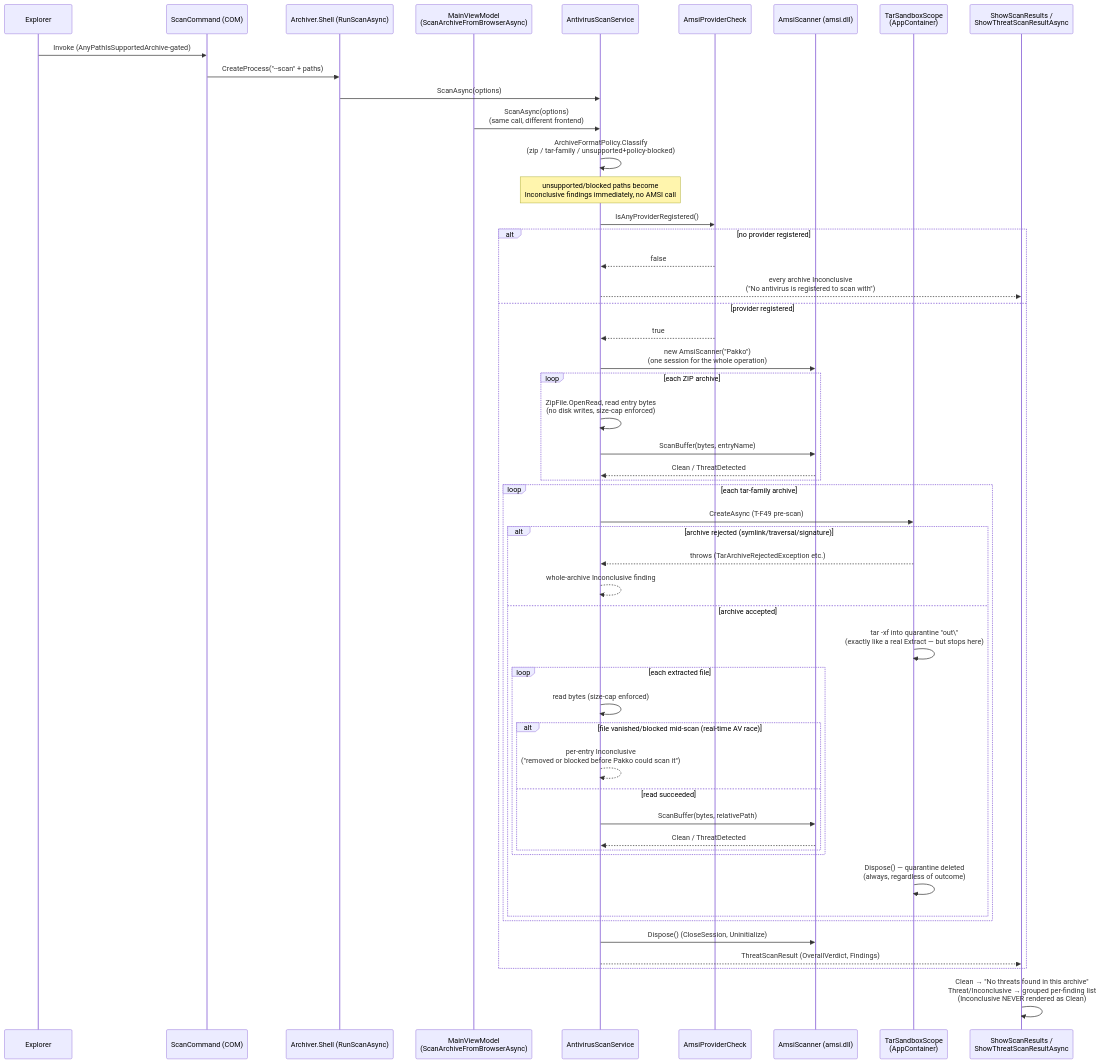
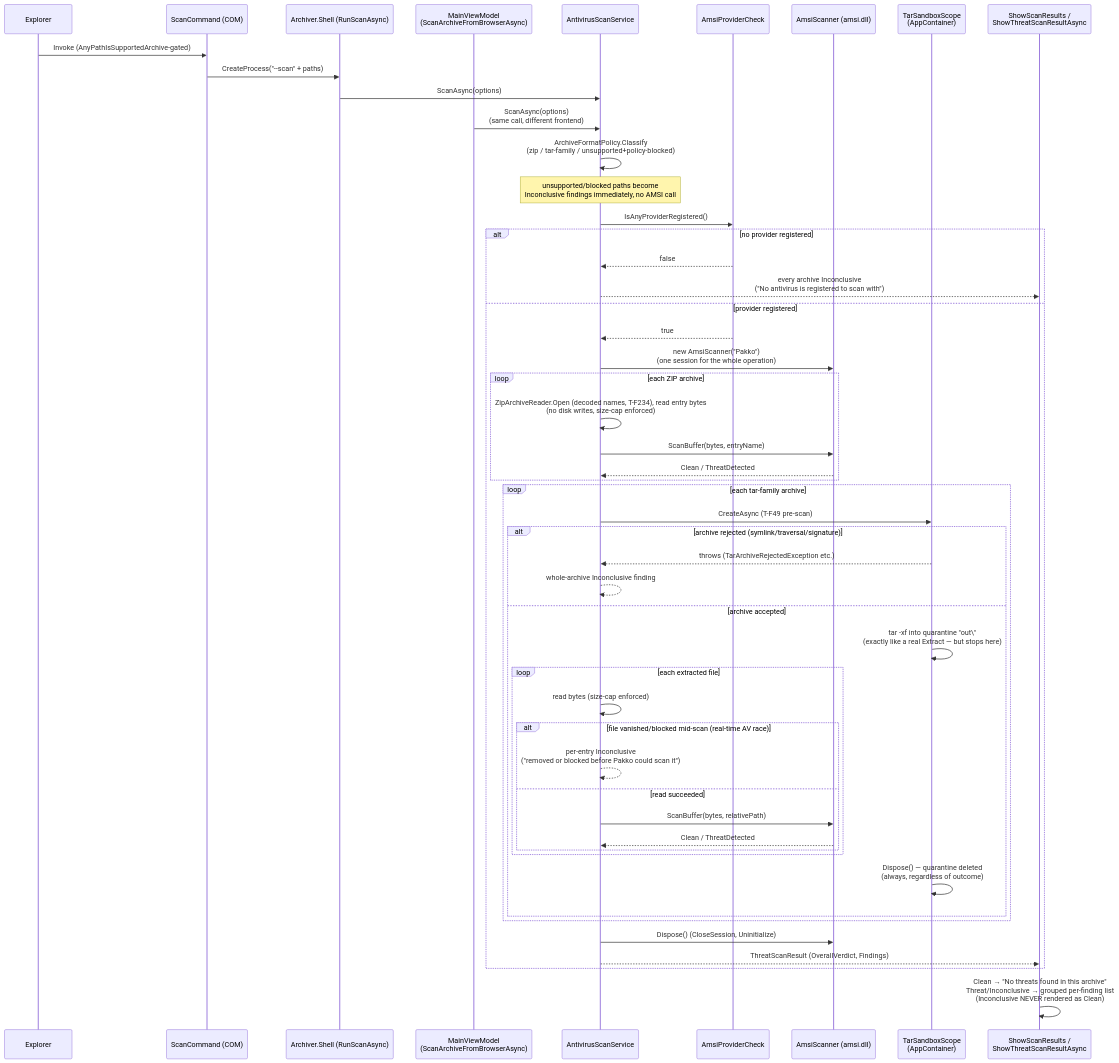
The seventh of 7 diagrams in docs/DIAGRAMS.md (pakkoapp-oss/pakko), drawn with Mermaid before and after one commit. The commit also changed other lines of this file and 4 other files, not shown here.

First line of the commit message:
docs(fix-phase-3): decisions, architecture, diagrams 3/7, testing, task progress

````diff
--- a/docs/DIAGRAMS.md
+++ b/docs/DIAGRAMS.md
@@ -822,60 +829,60 @@
 ```mermaid
 sequenceDiagram
     participant Explorer
     participant ScanCommand as ScanCommand (COM)
     participant Shell as Archiver.Shell (RunScanAsync)
     participant Browser as MainViewModel<br/>(ScanArchiveFromBrowserAsync)
     participant Service as AntivirusScanService
     participant Provider as AmsiProviderCheck
     participant Amsi as AmsiScanner (amsi.dll)
     participant Sandbox as TarSandboxScope<br/>(AppContainer)
     participant Dialog as ShowScanResults /<br/>ShowThreatScanResultAsync
 
     Explorer->>ScanCommand: Invoke (AnyPathIsSupportedArchive-gated)
     ScanCommand->>Shell: CreateProcess("--scan" + paths)
     Shell->>Service: ScanAsync(options)
     Browser->>Service: ScanAsync(options)<br/>(same call, different frontend)
 
     Service->>Service: ArchiveFormatPolicy.Classify<br/>(zip / tar-family / unsupported+policy-blocked)
     Note over Service: unsupported/blocked paths become<br/>Inconclusive findings immediately, no AMSI call
 
     Service->>Provider: IsAnyProviderRegistered()
     alt no provider registered
         Provider-->>Service: false
         Service-->>Dialog: every archive Inconclusive<br/>("No antivirus is registered to scan with")
     else provider registered
         Provider-->>Service: true
         Service->>Amsi: new AmsiScanner("Pakko")<br/>(one session for the whole operation)
 
         loop each ZIP archive
-            Service->>Service: ZipFile.OpenRead, read entry bytes<br/>(no disk writes, size-cap enforced)
+            Service->>Service: ZipArchiveReader.Open (decoded names, T-F234), read entry bytes<br/>(no disk writes, size-cap enforced)
             Service->>Amsi: ScanBuffer(bytes, entryName)
             Amsi-->>Service: Clean / ThreatDetected
         end
 
         loop each tar-family archive
             Service->>Sandbox: CreateAsync (T-F49 pre-scan)
             alt archive rejected (symlink/traversal/signature)
                 Sandbox-->>Service: throws (TarArchiveRejectedException etc.)
                 Service-->>Service: whole-archive Inconclusive finding
             else archive accepted
                 Sandbox->>Sandbox: tar -xf into quarantine "out\"<br/>(exactly like a real Extract — but stops here)
                 loop each extracted file
                     Service->>Service: read bytes (size-cap enforced)
                     alt file vanished/blocked mid-scan (real-time AV race)
                         Service-->>Service: per-entry Inconclusive<br/>("removed or blocked before Pakko could scan it")
                     else read succeeded
                         Service->>Amsi: ScanBuffer(bytes, relativePath)
                         Amsi-->>Service: Clean / ThreatDetected
                     end
                 end
                 Sandbox->>Sandbox: Dispose() — quarantine deleted<br/>(always, regardless of outcome)
             end
         end
 
         Service->>Amsi: Dispose() (CloseSession, Uninitialize)
         Service-->>Dialog: ThreatScanResult (OverallVerdict, Findings)
     end
 
     Dialog->>Dialog: Clean → "No threats found in this archive"<br/>Threat/Inconclusive → grouped per-finding list<br/>(Inconclusive NEVER rendered as Clean)
 ```
````
